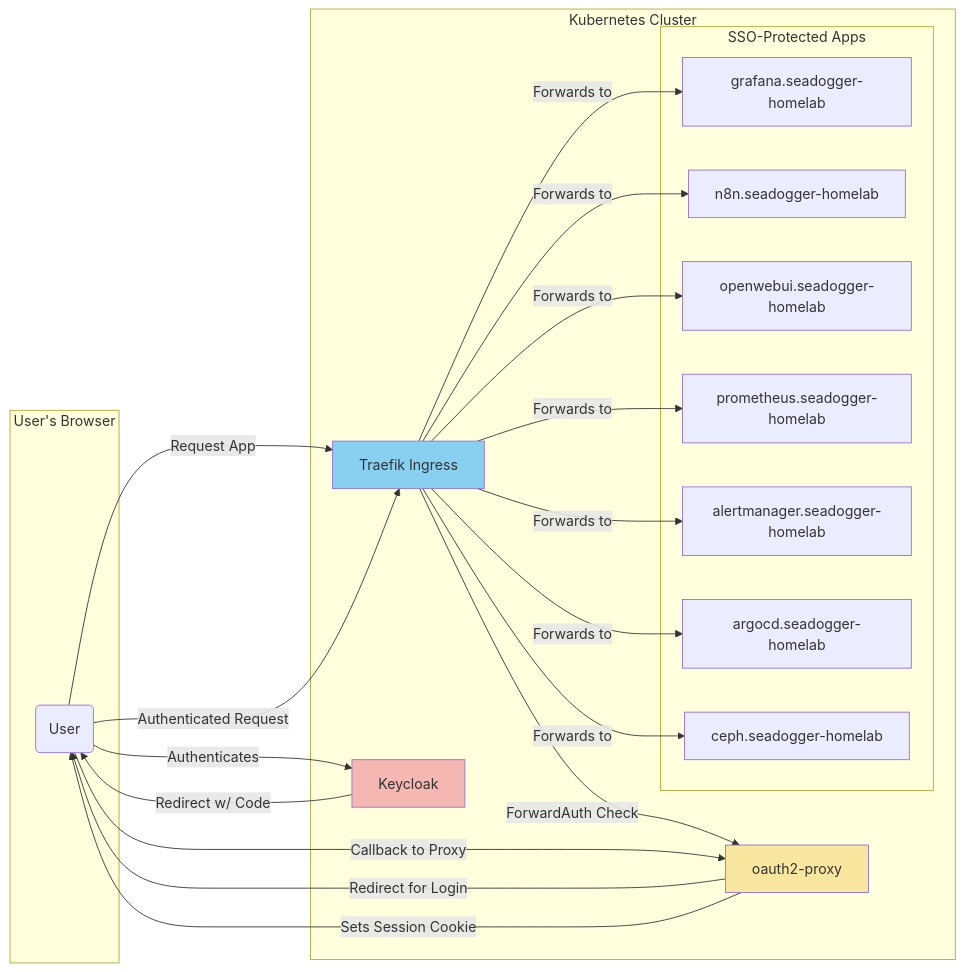
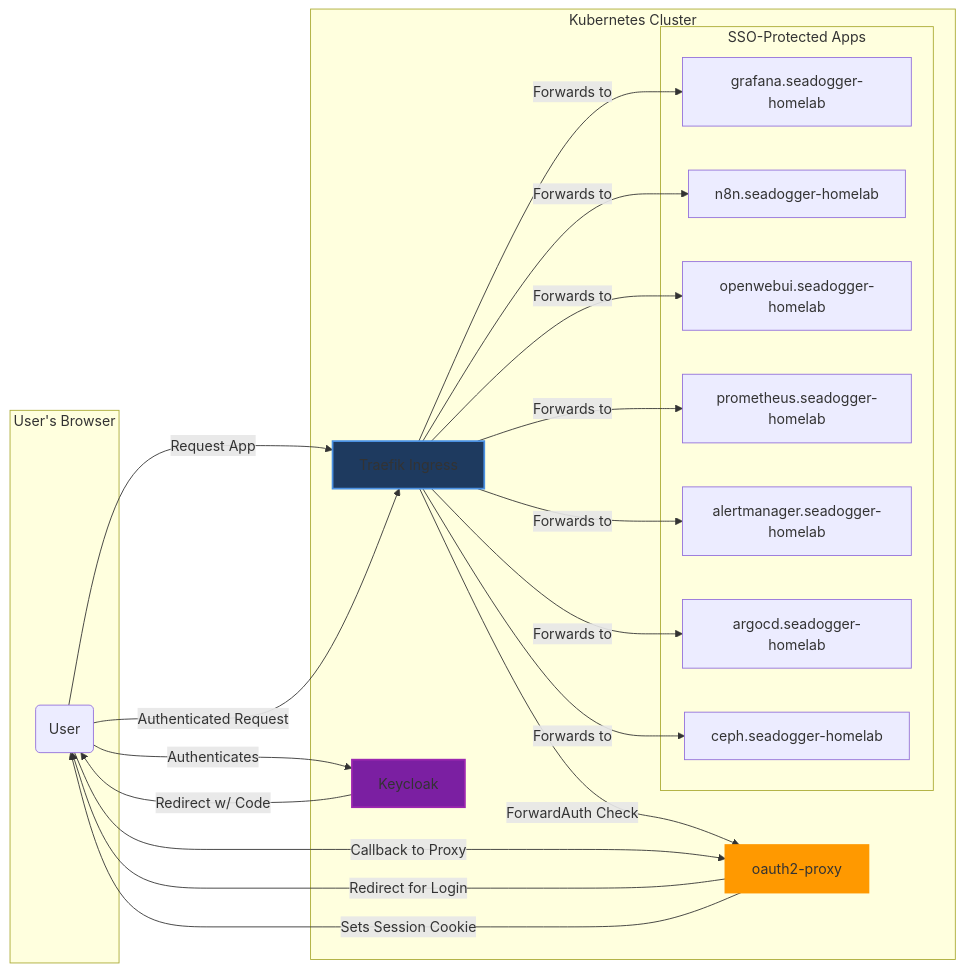
One commit to seadogger-tech/seadogger-homelab changed the fifth of 8 diagrams in docs/wiki/08-Security-and-Certificates.md. Above: the diagram before and after it, drawn with Mermaid. The commit also changed other lines of this file and 4 other files, not shown here.

````diff
--- a/docs/wiki/08-Security-and-Certificates.md
+++ b/docs/wiki/08-Security-and-Certificates.md
@@ -240,42 +250,42 @@
 ```mermaid
 graph LR
     subgraph "User's Browser"
         U(User)
     end
 
     subgraph "Kubernetes Cluster"
         T[Traefik Ingress]
         O[oauth2-proxy]
         K[Keycloak]
         subgraph "SSO-Protected Apps"
             A1[grafana.seadogger-homelab]
             A2[n8n.seadogger-homelab]
             A3[openwebui.seadogger-homelab]
             A4[prometheus.seadogger-homelab]
             A5[alertmanager.seadogger-homelab]
             A6[argocd.seadogger-homelab]
             A7[ceph.seadogger-homelab]
         end
     end
 
     U -- "Request App" --> T
     T -- "ForwardAuth Check" --> O
     O -- "Redirect for Login" --> U
     U -- "Authenticates" --> K
     K -- "Redirect w/ Code" --> U
     U -- "Callback to Proxy" --> O
     O -- "Sets Session Cookie" --> U
     U -- "Authenticated Request" --> T
     
     T -- "Forwards to" --> A1
     T -- "Forwards to" --> A2
     T -- "Forwards to" --> A3
     T -- "Forwards to" --> A4
     T -- "Forwards to" --> A5
     T -- "Forwards to" --> A6
     T -- "Forwards to" --> A7
 
-    style T fill:#89cff0
-    style O fill:#f9e79f
-    style K fill:#f5b7b1
+    style T fill:#1e3a5f,stroke:#4a90e2,stroke-width:2px
+    style O fill:#ff9900,stroke:#ff9900,stroke-width:2px
+    style K fill:#7b1fa2,stroke:#9c27b0,stroke-width:2px
 ```
````
